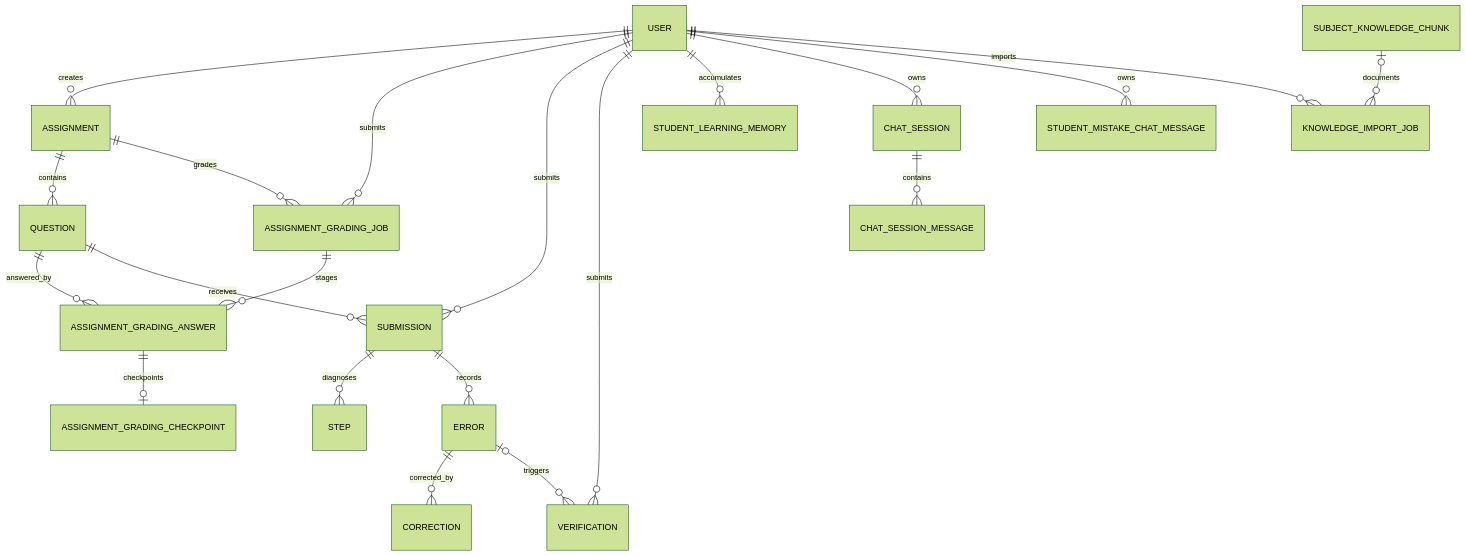
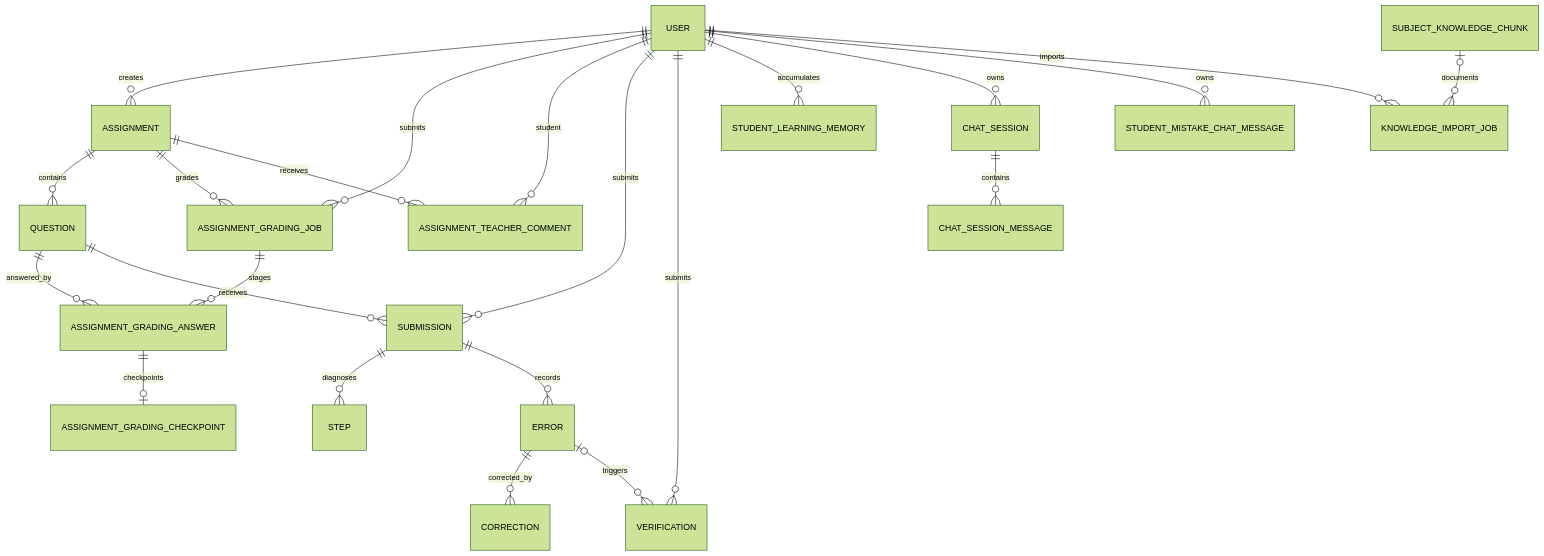
Before and after one commit to iLian-150/Remedi: the first of 3 diagrams in docs/技术资料/data-and-interfaces.md, drawn with Mermaid (forest theme). The commit also changed other lines of this file and 2 other files, not shown here.

Commit message:
补充教师评语流程文档
更新项目概览、批改工作流及数据接口索引，说明教师发布评语和学生查看位置。

````diff
--- a/docs/技术资料/data-and-interfaces.md
+++ b/docs/技术资料/data-and-interfaces.md
@@ -7,23 +7,25 @@
 ```mermaid
 erDiagram
     USER ||--o{ ASSIGNMENT : creates
     ASSIGNMENT ||--o{ QUESTION : contains
     USER ||--o{ ASSIGNMENT_GRADING_JOB : submits
     ASSIGNMENT ||--o{ ASSIGNMENT_GRADING_JOB : grades
+    ASSIGNMENT ||--o{ ASSIGNMENT_TEACHER_COMMENT : receives
+    USER ||--o{ ASSIGNMENT_TEACHER_COMMENT : student
     ASSIGNMENT_GRADING_JOB ||--o{ ASSIGNMENT_GRADING_ANSWER : stages
     QUESTION ||--o{ ASSIGNMENT_GRADING_ANSWER : answered_by
     ASSIGNMENT_GRADING_ANSWER ||--o| ASSIGNMENT_GRADING_CHECKPOINT : checkpoints
     QUESTION ||--o{ SUBMISSION : receives
     USER ||--o{ SUBMISSION : submits
     SUBMISSION ||--o{ STEP : diagnoses
     SUBMISSION ||--o{ ERROR : records
     ERROR ||--o{ CORRECTION : corrected_by
     ERROR o|--o{ VERIFICATION : triggers
     USER ||--o{ VERIFICATION : submits
     USER ||--o{ STUDENT_LEARNING_MEMORY : accumulates
     USER ||--o{ CHAT_SESSION : owns
     CHAT_SESSION ||--o{ CHAT_SESSION_MESSAGE : contains
     USER ||--o{ STUDENT_MISTAKE_CHAT_MESSAGE : owns
     USER ||--o{ KNOWLEDGE_IMPORT_JOB : imports
     SUBJECT_KNOWLEDGE_CHUNK o|--o{ KNOWLEDGE_IMPORT_JOB : documents
 ```
````
